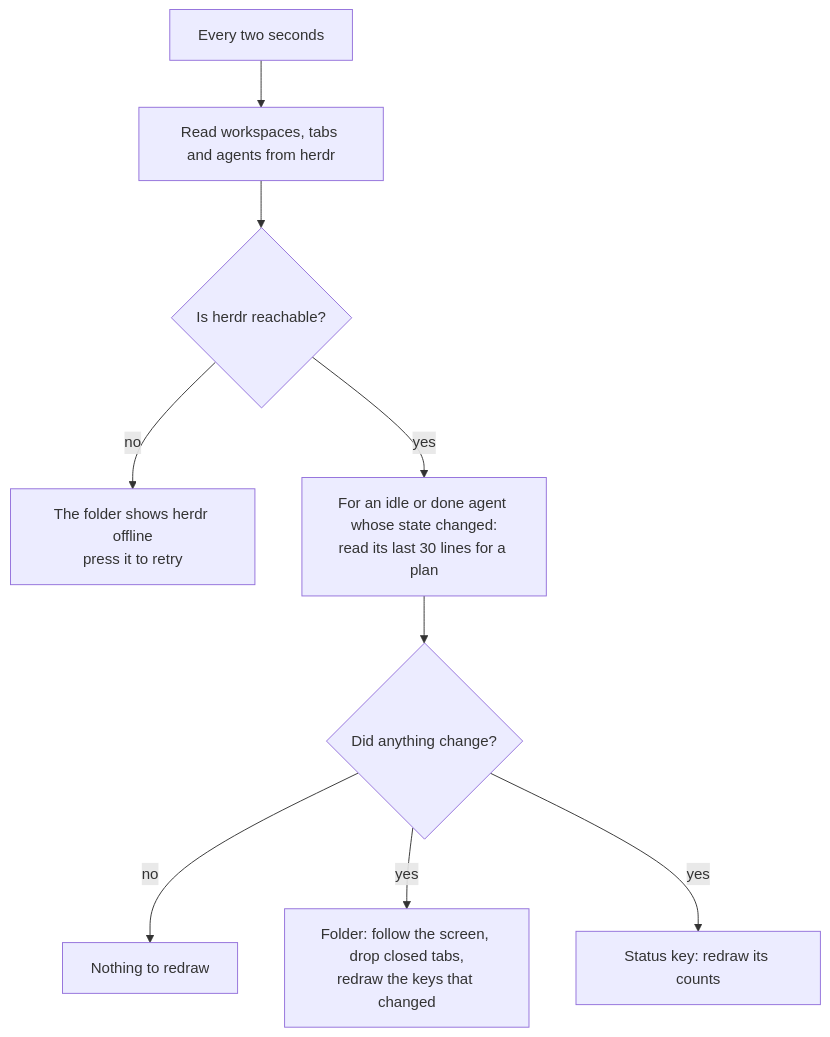
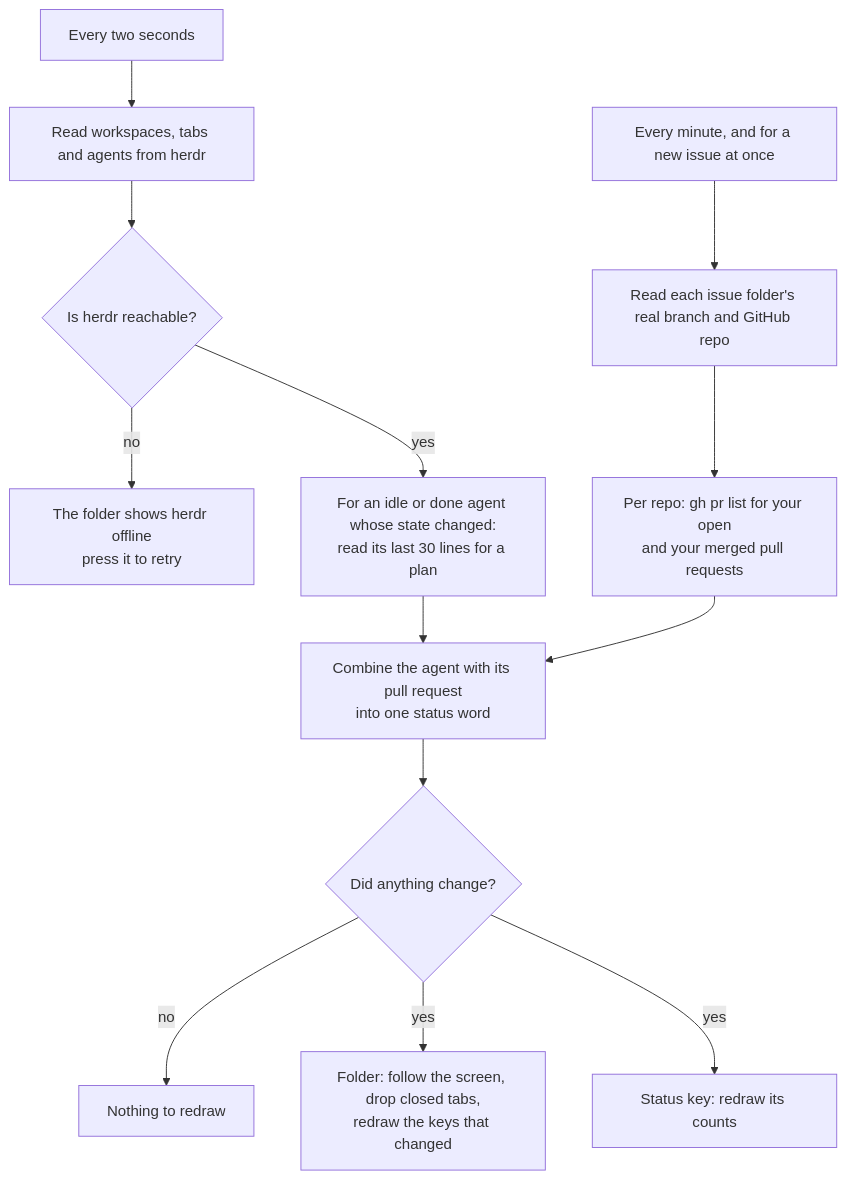
Before and after one commit to PieterLuypaert/helm: the seventh of 7 diagrams in docs/flows.md, drawn with Mermaid. The commit also changed other lines of this file and 4 other files, not shown here.

First line of the commit message:
docs: show pull requests and the status key walk

````diff
--- a/docs/flows.md
+++ b/docs/flows.md
@@ -147,11 +159,15 @@
 ```mermaid
 flowchart TD
     tick["Every two seconds"] --> read["Read workspaces, tabs and agents from herdr"]
     read --> reachable{"Is herdr reachable?"}
     reachable -->|no| offline["The folder shows herdr offline<br/>press it to retry"]
     reachable -->|yes| plan["For an idle or done agent whose state changed:<br/>read its last 30 lines for a plan"]
-    plan --> changed{"Did anything change?"}
+    plan --> status["Combine the agent with its pull request<br/>into one status word"]
+    status --> changed{"Did anything change?"}
     changed -->|no| quiet["Nothing to redraw"]
     changed -->|yes| folder["Folder: follow the screen, drop closed tabs,<br/>redraw the keys that changed"]
     changed -->|yes| statusKey["Status key: redraw its counts"]
+    minute["Every minute, and for a new issue at once"] --> branch["Read each issue folder's real branch and GitHub repo"]
+    branch --> gh["Per repo: gh pr list for your open<br/>and your merged pull requests"]
+    gh --> status
 ```
````
